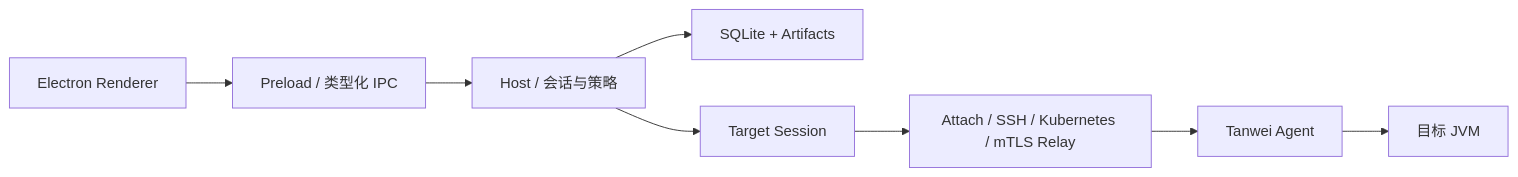
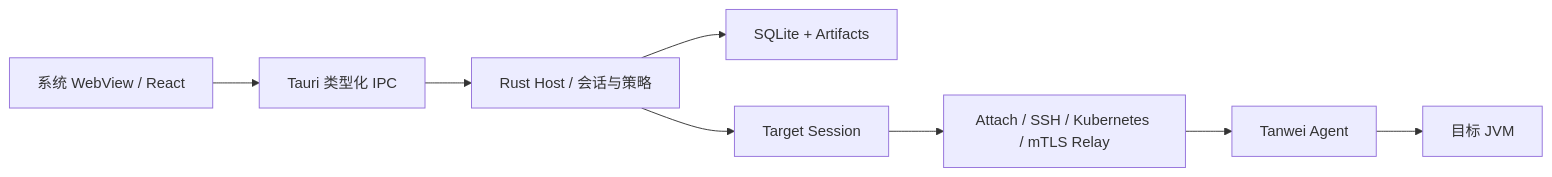
One commit to qian-lou/tanwei changed the diagram in README.md. Above: the diagram before and after it, drawn with Mermaid. The commit also changed other lines of this file and 183 other files, not shown here.

````diff
--- a/README.md
+++ b/README.md
@@ -104,10 +148,10 @@
 ```mermaid
 flowchart LR
-  UI["Electron Renderer"] --> IPC["Preload / 类型化 IPC"]
-  IPC --> HOST["Host / 会话与策略"]
+  UI["系统 WebView / React"] --> IPC["Tauri 类型化 IPC"]
+  IPC --> HOST["Rust Host / 会话与策略"]
   HOST --> STORE["SQLite + Artifacts"]
   HOST --> SESSION["Target Session"]
   SESSION --> ACCESS["Attach / SSH / Kubernetes / mTLS Relay"]
   ACCESS --> AGENT["Tanwei Agent"]
   AGENT --> JVM["目标 JVM"]
 ```
````
